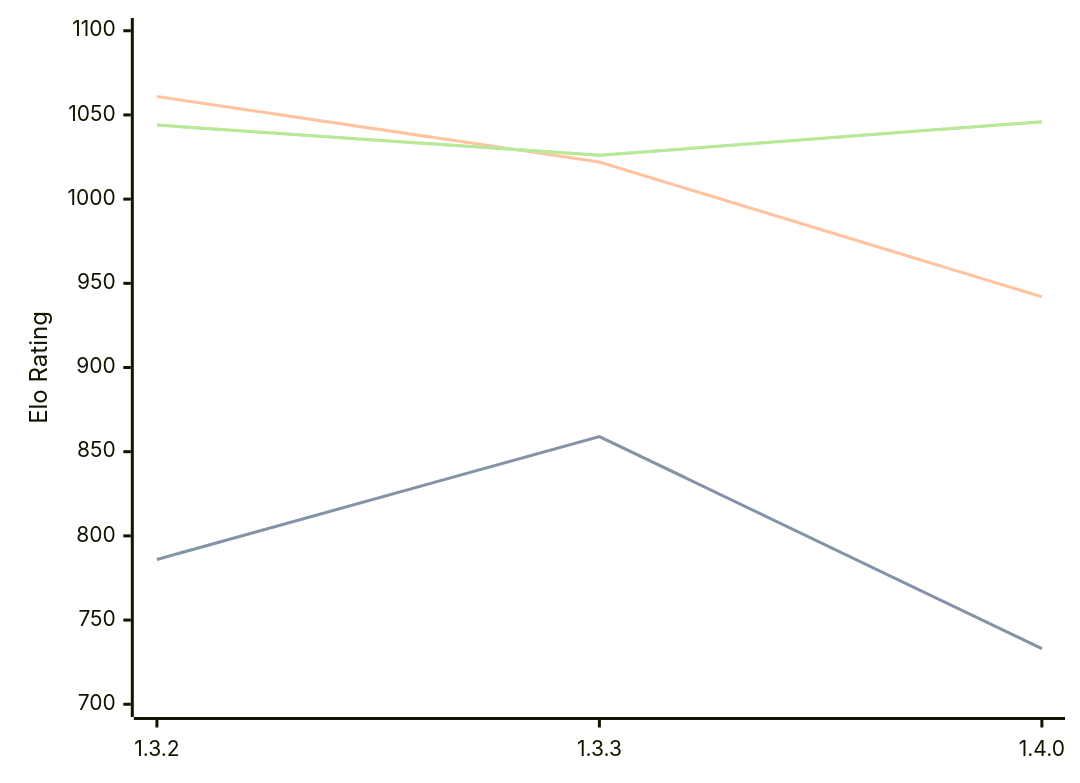
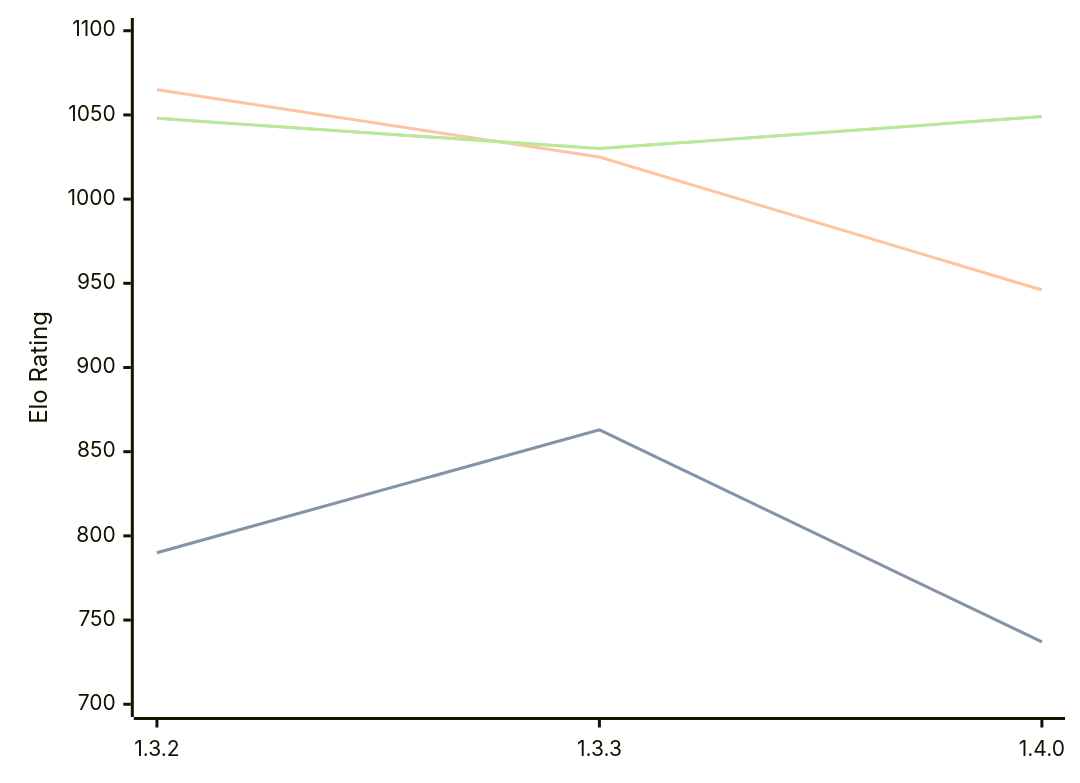
One commit to computer-chess-index/cci changed the diagram in engines/Whitespine.md. Above: the diagram before and after it, drawn with Mermaid. The commit also changed other lines of this file, not shown here.

Commit message:
Update CCI Ratings (ELO VLTC) - 2026-09-24

````diff
--- a/engines/Whitespine.md
+++ b/engines/Whitespine.md
@@ -33,11 +33,11 @@
 ```mermaid
 %%{init: {"theme":"base","themeVariables":{"seriesColors:['#a3a3a3','#222221','#faa371']}}}%%
 xychart-beta
   x-axis ["1.3.2", "1.3.3", "1.4.0"]
   y-axis "Elo Rating" 700 --> 1100
-  line "" [786, 859, 733]
-  line "STC (8.0+0.08s)" [786, 859, 733]
-  line "LTC (60.0+0.60s)" [1061, 1022, 942]
-  line "" [1044, 1026, 1046]
-  line "VLTC (2m24s+1.12s)" [1044, 1026, 1046]
+  line "" [790, 863, 737]
+  line "STC (8.0+0.08s)" [790, 863, 737]
+  line "LTC (60.0+0.60s)" [1065, 1025, 946]
+  line "" [1048, 1030, 1049]
+  line "VLTC (2m24s+1.12s)" [1048, 1030, 1049]
 ```
````
